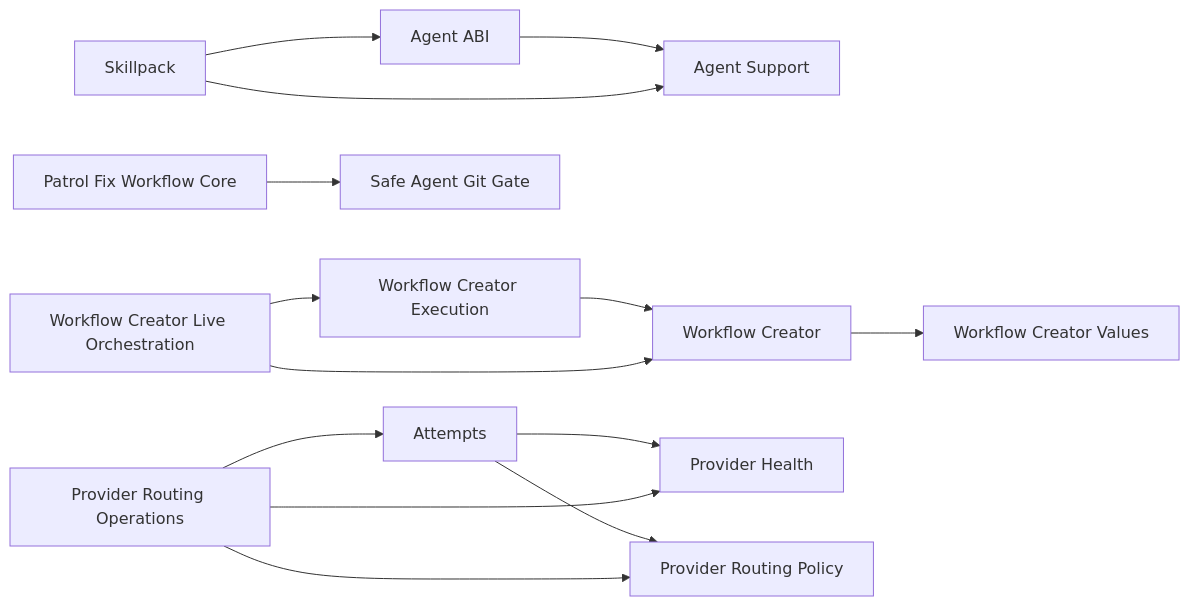
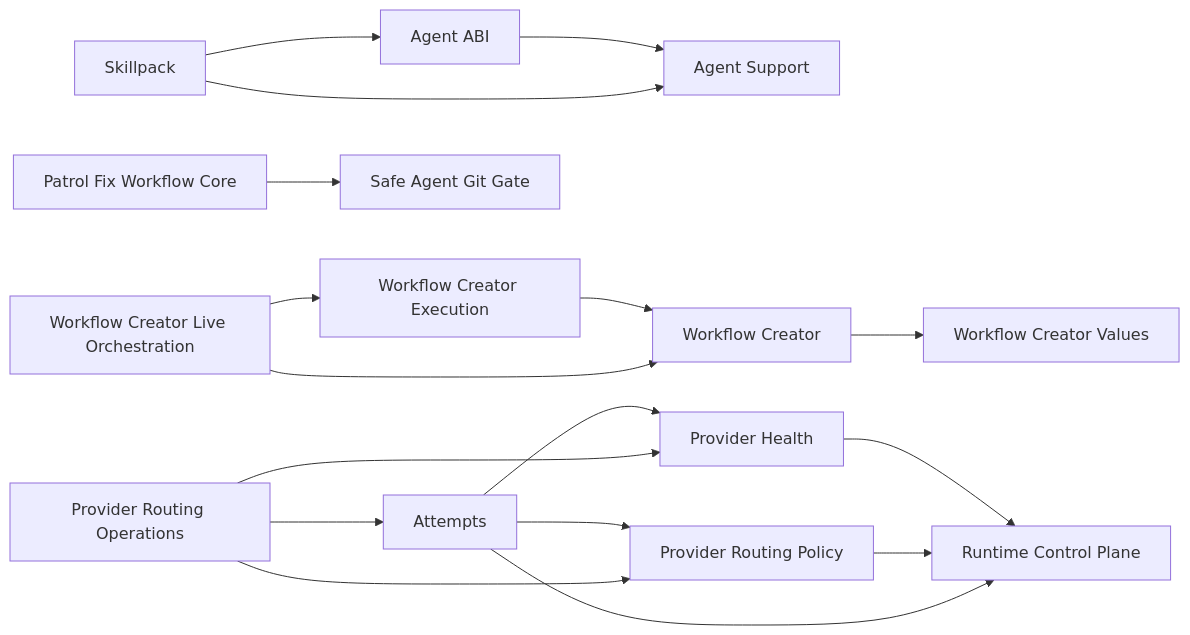
One commit to ivankuznetsov/hive changed the diagram in wiki/component-boundaries.md. Above: the diagram before and after it, drawn with Mermaid. The commit also changed other lines of this file and 422 other files, not shown here.

````diff
--- a/wiki/component-boundaries.md
+++ b/wiki/component-boundaries.md
@@ -48,16 +49,19 @@
 ```mermaid
 flowchart LR
   agent_abi[Agent ABI] --> agent_support[Agent Support]
   skillpack[Skillpack] --> agent_abi[Agent ABI]
   skillpack[Skillpack] --> agent_support[Agent Support]
   workflow_execution[Workflow Creator Execution] --> workflow_core[Workflow Creator]
   workflow_live[Workflow Creator Live Orchestration] --> workflow_execution
   workflow_live --> workflow_core
   workflow_core --> workflow_values[Workflow Creator Values]
   patrol_fix[Patrol Fix Workflow Core] --> git_gate[Safe Agent Git Gate]
+  provider_health[Provider Health] --> runtime[Runtime Control Plane]
+  provider_routing[Provider Routing Policy] --> runtime[Runtime Control Plane]
   attempts[Attempts] --> provider_health[Provider Health]
   attempts --> provider_routing[Provider Routing Policy]
+  attempts --> runtime
   routing_operations[Provider Routing Operations] --> attempts
   routing_operations --> provider_health
   routing_operations --> provider_routing
 ```
````
